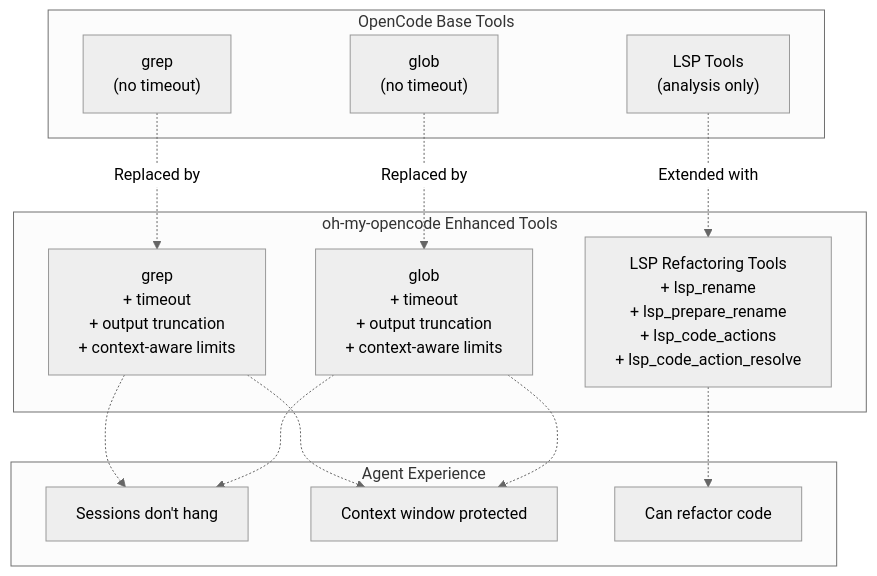
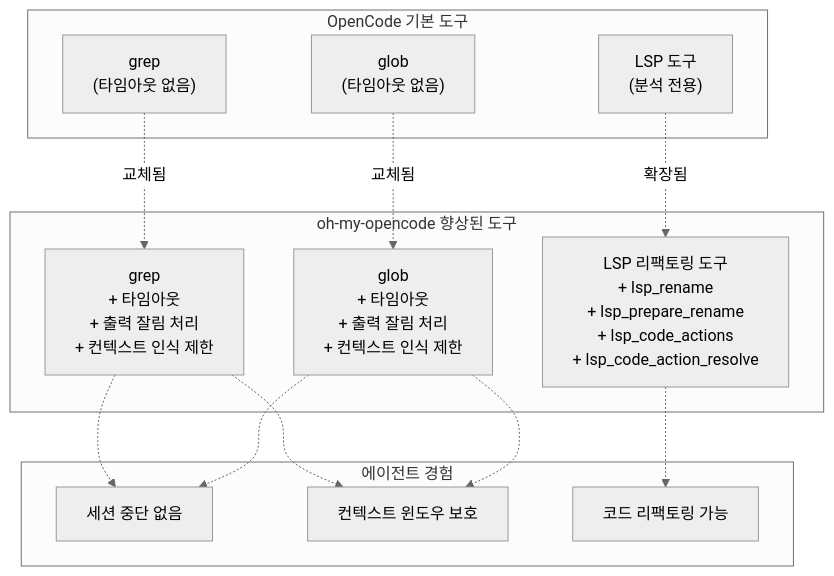
The first of 7 diagrams in docs/tools/lsp-tools.md (felipetruman/oh-my-opencode-docs), drawn with Mermaid (neutral theme) before and after one commit. The commit also changed other lines of this file and 76 other files, not shown here.

````diff
--- a/docs/tools/lsp-tools.md
+++ b/docs/tools/lsp-tools.md
@@ -34,40 +34,40 @@
 ```mermaid
 flowchart TD
 
-BaseGrep["grep<br>(no timeout)"]
-BaseGlob["glob<br>(no timeout)"]
-BaseLSP["LSP Tools<br>(analysis only)"]
-EnhGrep["grep<br>+ timeout<br>+ output truncation<br>+ context-aware limits"]
-EnhGlob["glob<br>+ timeout<br>+ output truncation<br>+ context-aware limits"]
-LSPRefactor["LSP Refactoring Tools<br>+ lsp_rename<br>+ lsp_prepare_rename<br>+ lsp_code_actions<br>+ lsp_code_action_resolve"]
-NoHang["Sessions don't hang"]
-ContextProtect["Context window protected"]
-Refactor["Can refactor code"]
+BaseGrep["grep<br>(타임아웃 없음)"]
+BaseGlob["glob<br>(타임아웃 없음)"]
+BaseLSP["LSP 도구<br>(분석 전용)"]
+EnhGrep["grep<br>+ 타임아웃<br>+ 출력 잘림 처리<br>+ 컨텍스트 인식 제한"]
+EnhGlob["glob<br>+ 타임아웃<br>+ 출력 잘림 처리<br>+ 컨텍스트 인식 제한"]
+LSPRefactor["LSP 리팩토링 도구<br>+ lsp_rename<br>+ lsp_prepare_rename<br>+ lsp_code_actions<br>+ lsp_code_action_resolve"]
+NoHang["세션 중단 없음"]
+ContextProtect["컨텍스트 윈도우 보호"]
+Refactor["코드 리팩토링 가능"]
 
-BaseGrep -.->|"Replaced by"| EnhGrep
-BaseGlob -.->|"Replaced by"| EnhGlob
-BaseLSP -.->|"Extended with"| LSPRefactor
+BaseGrep -.->|"교체됨"| EnhGrep
+BaseGlob -.->|"교체됨"| EnhGlob
+BaseLSP -.->|"확장됨"| LSPRefactor
 EnhGrep -.-> NoHang
 EnhGrep -.-> ContextProtect
 EnhGlob -.-> NoHang
 EnhGlob -.-> ContextProtect
 LSPRefactor -.-> Refactor
 
-subgraph subGraph2 ["Agent Experience"]
+subgraph subGraph2 ["에이전트 경험"]
     NoHang
     ContextProtect
     Refactor
 end
 
-subgraph subGraph1 ["oh-my-opencode Enhanced Tools"]
+subgraph subGraph1 ["oh-my-opencode 향상된 도구"]
     EnhGrep
     EnhGlob
     LSPRefactor
 end
 
-subgraph subGraph0 ["OpenCode Base Tools"]
+subgraph subGraph0 ["OpenCode 기본 도구"]
     BaseGrep
     BaseGlob
     BaseLSP
 end
 ```
````
